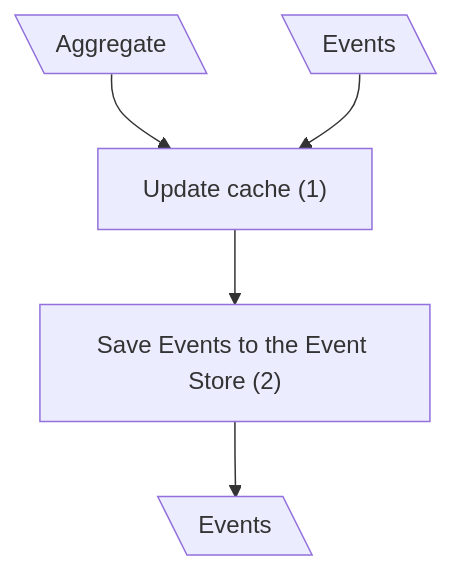
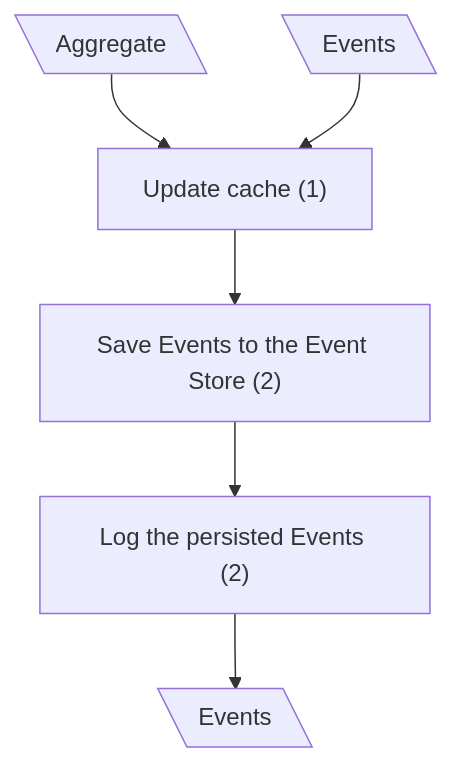
One commit to dmitryhruzin/CQRS-variations-test changed the fifth of 7 diagrams in docs/CF Complexity/create.md. Above: the diagram before and after it, drawn with Mermaid. The commit also changed other lines of this file and 4 other files, not shown here.

Commit message:
docs: add infra calls to diagrams

````diff
--- a/docs/CF Complexity/create.md
+++ b/docs/CF Complexity/create.md
@@ -97,10 +99,11 @@
 ```mermaid
 flowchart TD
   classDef mod stroke:#0f0
   A1@{ shape: lean-l, label: "Aggregate" }
   A2@{ shape: lean-l, label: "Events" }
   A1 --> B["Update cache (1)"]
   A2 --> B
   B --> C["Save Events to the Event Store (2)"]
-  C --> D@{ shape: lean-l, label: "Events" }
+  C --> L["Log the persisted Events (2)"]
+  L --> D@{ shape: lean-l, label: "Events" }
 ```
````
